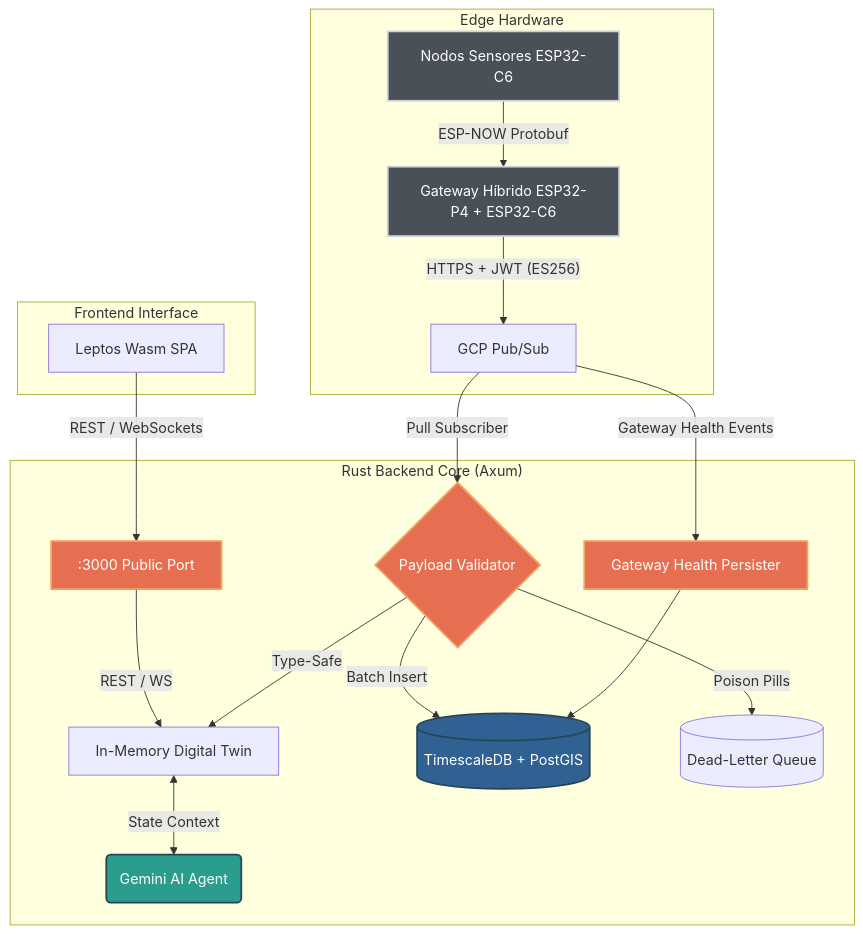
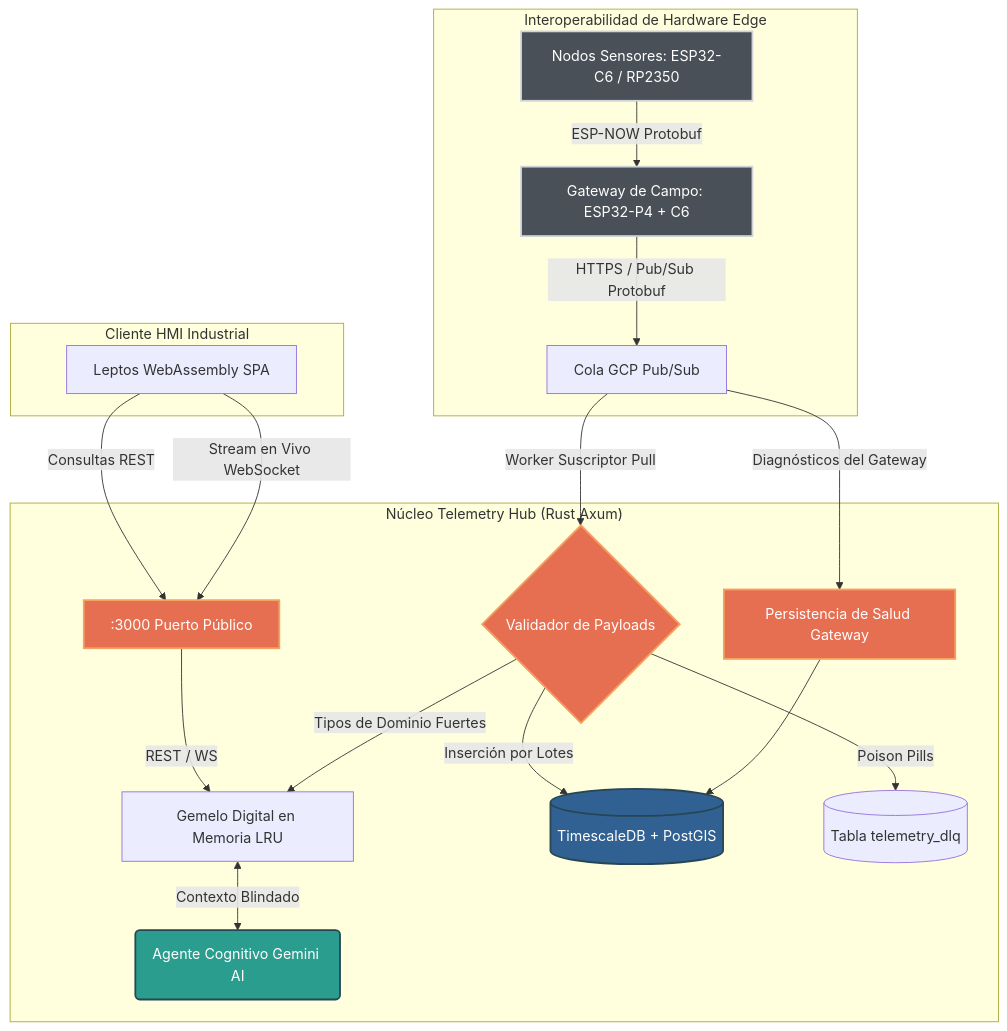
Before and after one commit to oscar-bio-dev/telemetry-hub: the diagram in README.es.md, drawn with Mermaid. The commit also changed other lines of this file and 6 other files, not shown here.

Commit message:
docs: decouple telemetry-hub identity, add API manual, cliff.toml and dependabot

````diff
--- a/README.es.md
+++ b/README.es.md
@@ -23,32 +24,33 @@
 ```mermaid
 graph TD
-    subgraph Edge Hardware
-        A[Nodos Sensores ESP32-C6] -->|ESP-NOW Protobuf| GW[Gateway Híbrido ESP32-P4 + ESP32-C6]
-        GW -->|"HTTPS + JWT (ES256)"| PS[GCP Pub/Sub]
+    subgraph Interoperabilidad de Hardware Edge
+        A[Nodos Sensores: ESP32-C6 / RP2350] -->|ESP-NOW Protobuf| GW[Gateway de Campo: ESP32-P4 + C6]
+        GW -->|"HTTPS / Pub/Sub Protobuf"| PS[Cola GCP Pub/Sub]
     end
 
-    subgraph "Rust Backend Core (Axum)"
-        B_PUB[":3000 Public Port"] -->|REST / WS| DT[In-Memory Digital Twin]
-        PS -->|"Pull Subscriber"| V{Payload Validator}
-        V -->|Type-Safe| DT
-        V -->|Batch Insert| DB[(TimescaleDB + PostGIS)]
-        V -->|Poison Pills| DLQ[(Dead-Letter Queue)]
-        DT <-->|State Context| AI(Gemini AI Agent)
-        PS -->|"Gateway Health Events"| GH[Gateway Health Persister]
+    subgraph "Núcleo Telemetry Hub (Rust Axum)"
+        B_PUB[":3000 Puerto Público"] -->|REST / WS| DT[Gemelo Digital en Memoria LRU]
+        PS -->|"Worker Suscriptor Pull"| V{Validador de Payloads}
+        V -->|Tipos de Dominio Fuertes| DT
+        V -->|Inserción por Lotes| DB[(TimescaleDB + PostGIS)]
+        V -->|Poison Pills| DLQ[(Tabla telemetry_dlq)]
+        DT <-->|Contexto Blindado| AI(Agente Cognitivo Gemini AI)
+        PS -->|"Diagnósticos del Gateway"| GH[Persistencia de Salud Gateway]
         GH --> DB
     end
 
-    subgraph Frontend Interface
-        F[Leptos Wasm SPA] -->|REST / WebSockets| B_PUB
+    subgraph Cliente HMI Industrial
+        F[Leptos WebAssembly SPA] -->|Consultas REST| B_PUB
+        F -->|Stream en Vivo WebSocket| B_PUB
     end
 
     classDef hardware fill:#495057,stroke:#ced4da,stroke-width:2px,color:#fff;
     classDef rust fill:#e76f51,stroke:#f4a261,stroke-width:2px,color:#fff;
     classDef ai fill:#2a9d8f,stroke:#264653,stroke-width:2px,color:#fff;
     classDef db fill:#316192,stroke:#264653,stroke-width:2px,color:#fff;
 
     class A,GW hardware;
     class B_PUB,V,GH rust;
     class AI ai;
     class DB db;
 ```
````
